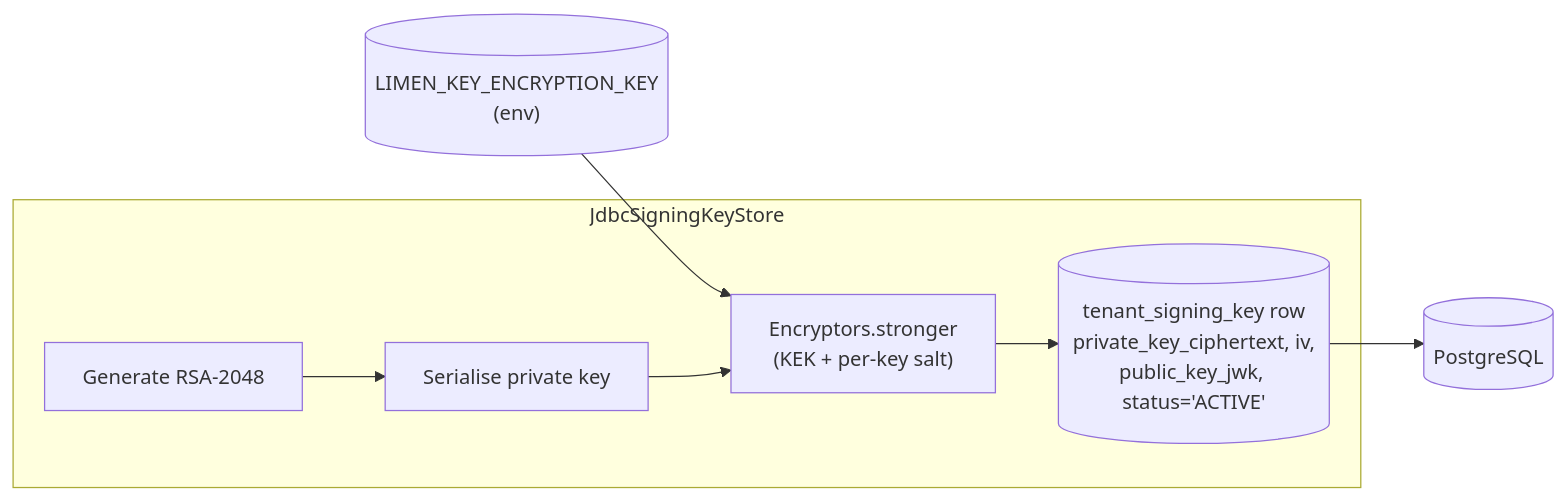
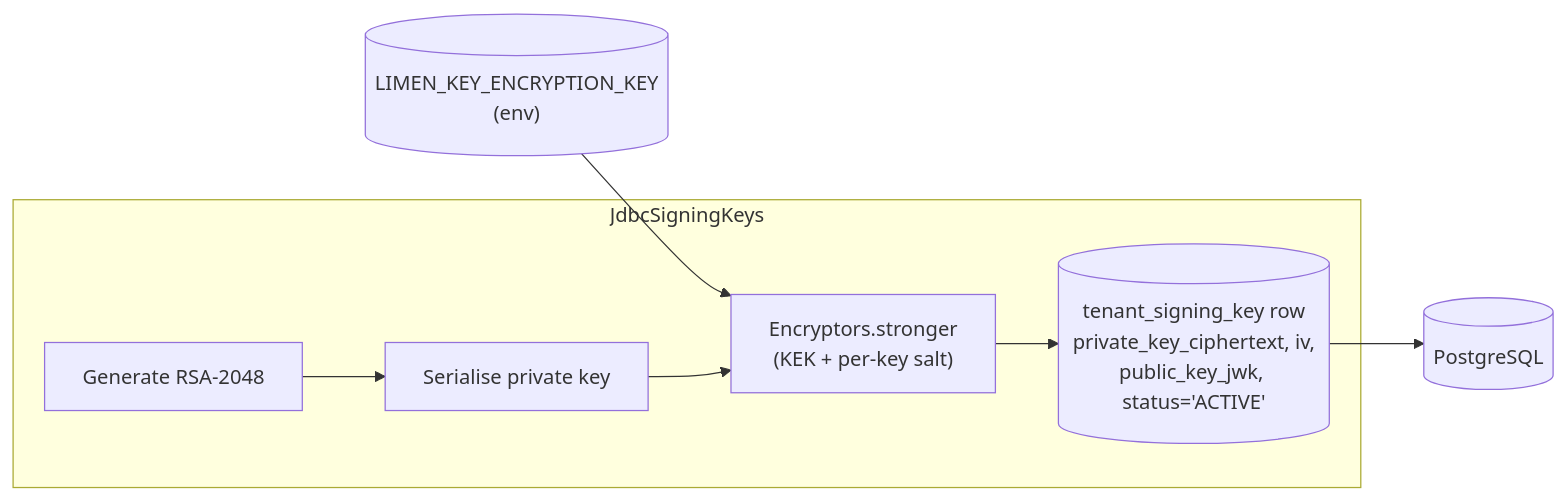
The fourth of 8 diagrams in docs/reference/architecture.md (stucray/limen), drawn with Mermaid before and after one commit. The commit also changed other lines of this file and 15 other files, not shown here.

First line of the commit message:
refactor(security): split SigningKeyStore by consumer role (#261)

````diff
--- a/docs/reference/architecture.md
+++ b/docs/reference/architecture.md
@@ -269,10 +269,10 @@
 ```mermaid
 flowchart LR
     KEK[("LIMEN_KEY_ENCRYPTION_KEY<br/>(env)")] --> ENC
-    subgraph JdbcSigningKeyStore
+    subgraph JdbcSigningKeys
       GEN[Generate RSA-2048] --> SERIALISE[Serialise private key]
       SERIALISE --> ENC["Encryptors.stronger<br/>(KEK + per-key salt)"]
       ENC --> ROW
     end
     ROW[("tenant_signing_key row<br/>private_key_ciphertext, iv,<br/>public_key_jwk, status='ACTIVE'")] --> DB[(PostgreSQL)]
 ```
````
